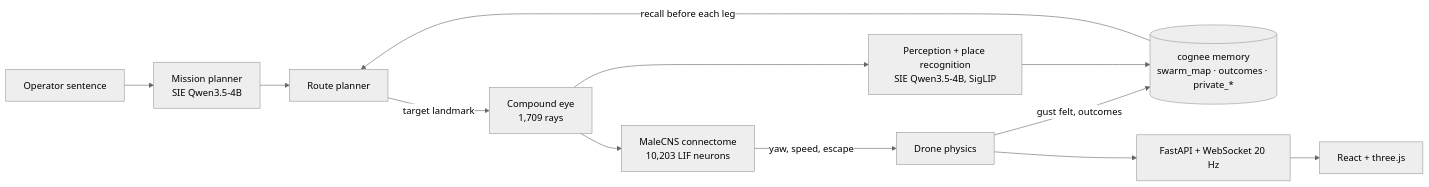
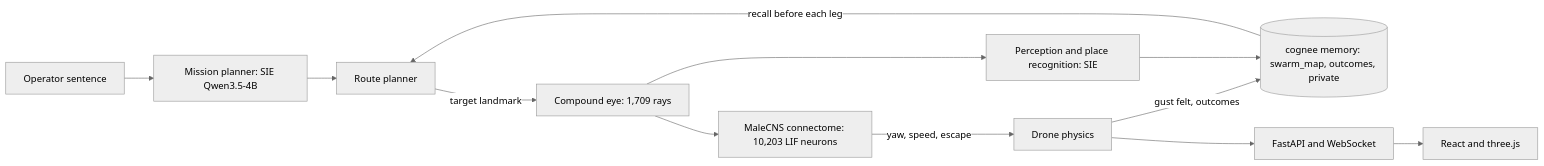
The diagram in README.md (AUW160150/flybrain_superlinked), drawn with Mermaid (neutral theme) before and after one commit. The commit also changed other lines of this file and 1 other file, not shown here.

Commit message:
Repo renamed to flybrain_superlinked; cleaner README header, screenshot grid, robust Mermaid labels

````diff
--- a/README.md
+++ b/README.md
@@ -98,12 +100,14 @@
 ```mermaid
 flowchart LR
-  OP[Operator sentence] --> PL[Mission planner<br/>SIE Qwen3.5-4B]
-  PL --> RT[Route planner]
-  MEM[(cognee memory<br/>swarm_map · outcomes · private_*)] -->|recall before each leg| RT
-  RT -->|target landmark| EYE[Compound eye<br/>1,709 rays]
-  EYE --> BR[MaleCNS connectome<br/>10,203 LIF neurons]
-  BR -->|yaw, speed, escape| DR[Drone physics]
-  DR -->|gust felt, outcomes| MEM
-  EYE --> PC[Perception + place recognition<br/>SIE Qwen3.5-4B, SigLIP] --> MEM
-  DR --> API[FastAPI + WebSocket 20 Hz] --> UI[React + three.js]
+  OP["Operator sentence"] --> PL["Mission planner: SIE Qwen3.5-4B"]
+  PL --> RT["Route planner"]
+  MEM[("cognee memory: swarm_map, outcomes, private")] -->|"recall before each leg"| RT
+  RT -->|"target landmark"| EYE["Compound eye: 1,709 rays"]
+  EYE --> BR["MaleCNS connectome: 10,203 LIF neurons"]
+  BR -->|"yaw, speed, escape"| DR["Drone physics"]
+  DR -->|"gust felt, outcomes"| MEM
+  EYE --> PC["Perception and place recognition: SIE"]
+  PC --> MEM
+  DR --> API["FastAPI and WebSocket"]
+  API --> UI["React and three.js"]
 ```
````
